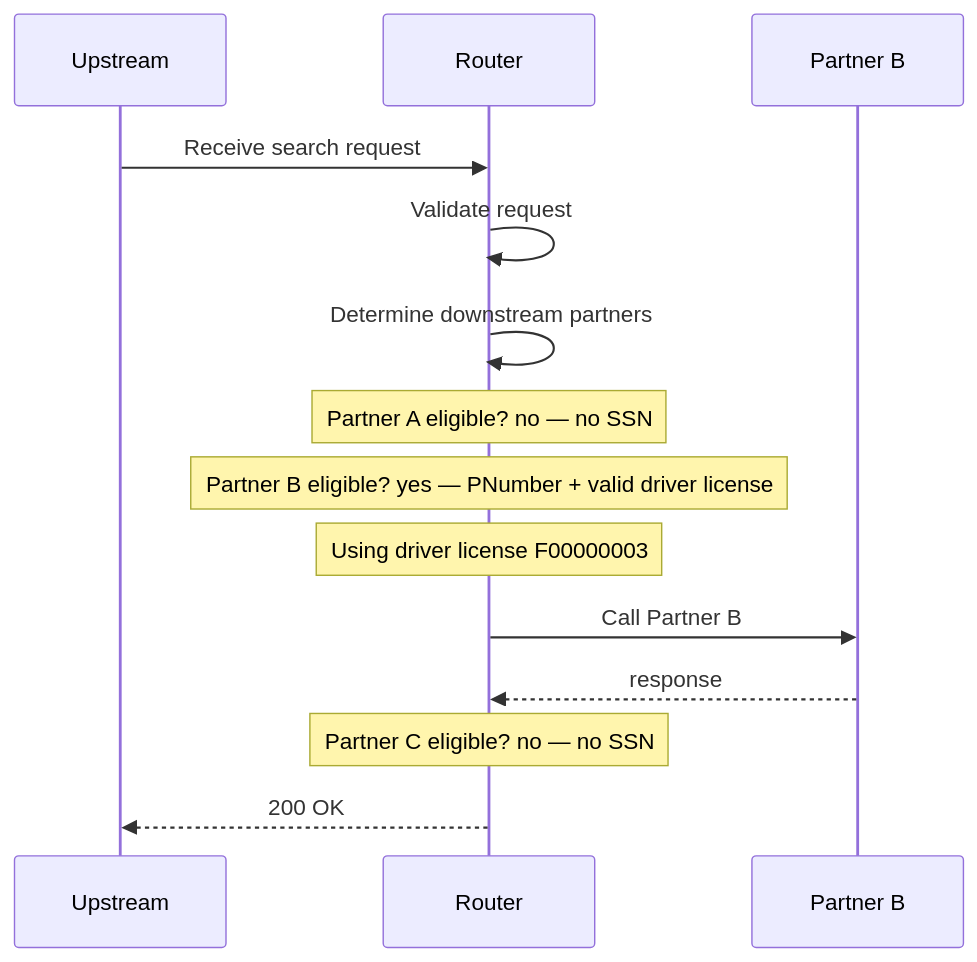
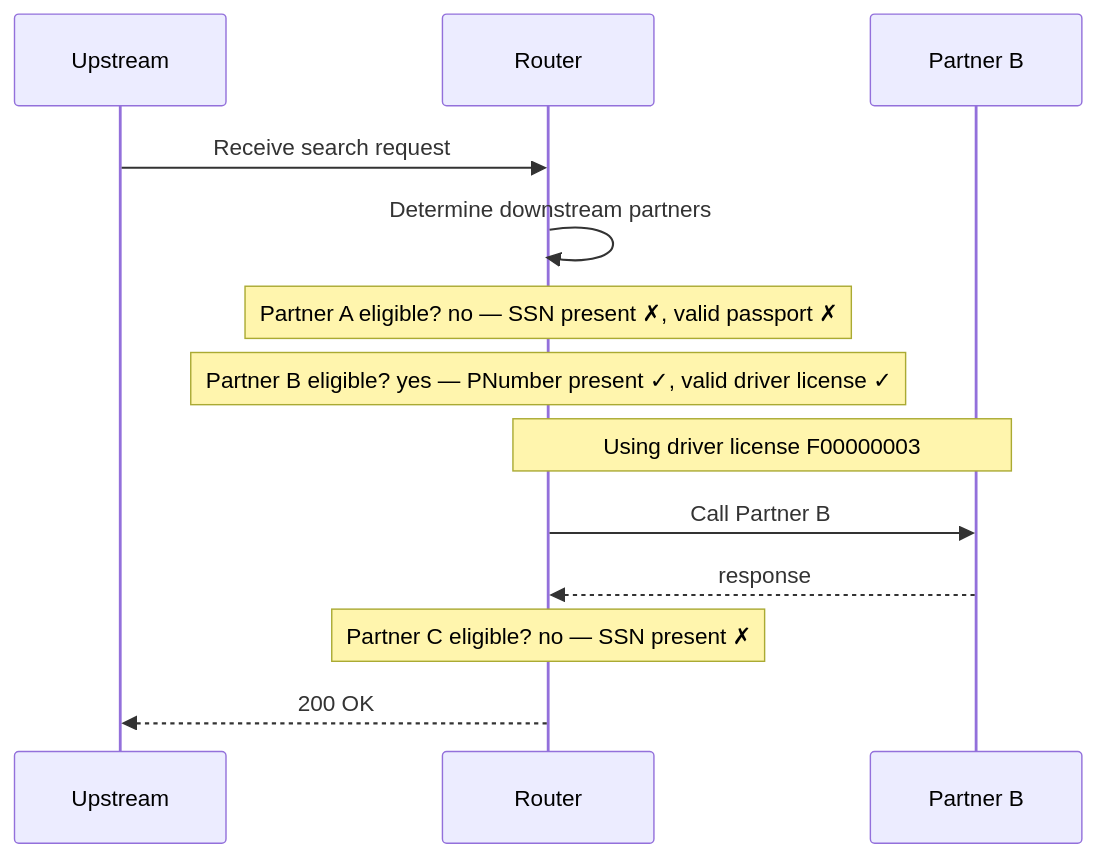
The diagram in main-app/docs/flows/b-only.mmd (jwdomes/automockit), drawn with Mermaid before and after one commit. The commit also changed 106 other files, not shown here.

First line of the commit message:
Extract flow docs into add-only library modules; switch Gradle to Groovy

```diff
--- a/main-app/docs/flows/b-only.mmd
+++ b/main-app/docs/flows/b-only.mmd
@@ -1,15 +1,14 @@
 sequenceDiagram
     %% PNumber and valid license but no SSN: only B is called
     participant UPSTREAM as Upstream
     participant ROUTER as Router
     participant PARTNER_B as Partner B
     UPSTREAM->>ROUTER: Receive search request
-    ROUTER->>ROUTER: Validate request
     ROUTER->>ROUTER: Determine downstream partners
-    Note over ROUTER: Partner A eligible? no — no SSN
-    Note over ROUTER: Partner B eligible? yes — PNumber + valid driver license
-    Note over ROUTER: Using driver license F00000003
+    Note over ROUTER: Partner A eligible? no — SSN present ✗, valid passport ✗
+    Note over ROUTER: Partner B eligible? yes — PNumber present ✓, valid driver license ✓
+    Note over ROUTER,PARTNER_B: Using driver license F00000003
     ROUTER->>PARTNER_B: Call Partner B
     PARTNER_B-->>ROUTER: response
-    Note over ROUTER: Partner C eligible? no — no SSN
+    Note over ROUTER: Partner C eligible? no — SSN present ✗
     ROUTER-->>UPSTREAM: 200 OK
```
